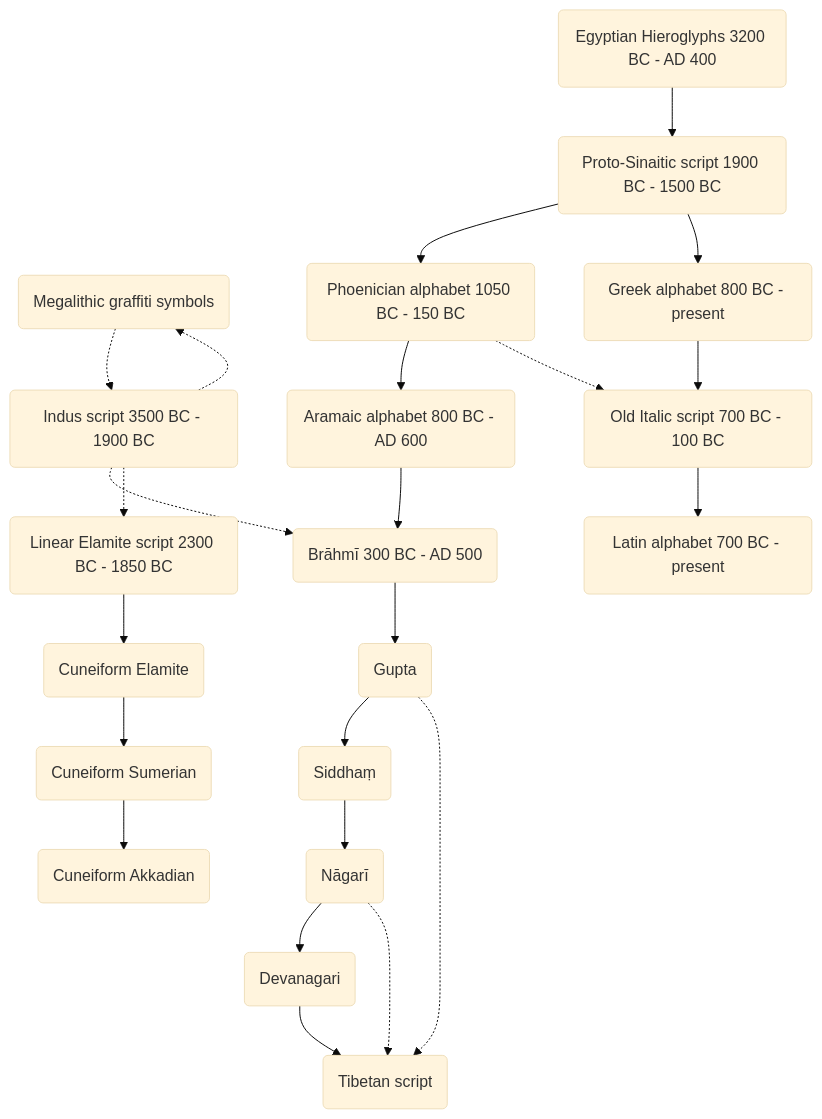
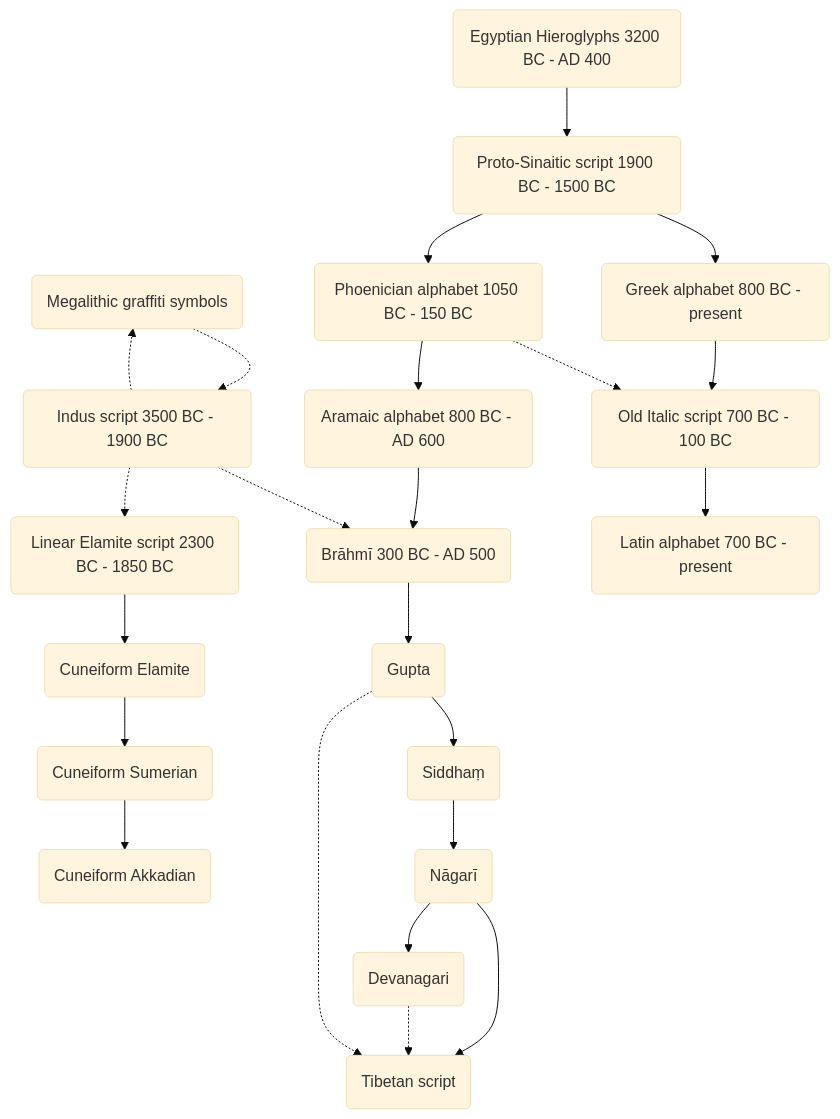
Before and after one commit to DigitalTibetan/DigitalTibetan: the first of 4 diagrams in docs/tibetan_script_history.md, drawn with Mermaid (base theme). The commit also changed other lines of this file, not shown here.

Commit message:
Tibetan predecessors fixes, struct

````diff
--- a/docs/tibetan_script_history.md
+++ b/docs/tibetan_script_history.md
@@ -34,26 +42,26 @@
 ```{mermaid}
 graph TD;  
 BA(Megalithic graffiti symbols)-.->BB(Indus script 3500 BC - 1900 BC);
 
 CA(Linear Elamite script 2300 BC - 1850 BC)-->CB(Cuneiform Elamite);
 CB-->CD(Cuneiform Sumerian);
 CD-->CE(Cuneiform Akkadian);
 L0A(Egyptian Hieroglyphs 3200 BC - AD 400<br>)-->LA(Proto-Sinaitic script 1900 BC - 1500 BC);
 LA-->LB(Phoenician alphabet 1050 BC - 150 BC);
 LB-->LC(Aramaic alphabet 800 BC - AD 600);
 LC-->LD(Brāhmī 300 BC - AD 500);
 LD-->LE(Gupta);
 LE-->LF(Siddhaṃ);
 LF-->LG(Nāgarī);
 LG-->LH(Devanagari);
-LH-->LI(Tibetan script);
+LG-->LI;
+LH-.->LI(Tibetan script);
 LA-->LK(Greek alphabet 800 BC - present);
 LK-->LL(Old Italic script 700 BC - 100 BC);
 LL-->LM(Latin alphabet 700 BC - present);
 BB-.->LD;
 BB-.->BA;
 BB-.->CA;
 LB-.->LL;
 LE-.->LI;
-LG-.->LI;
 ```
````
